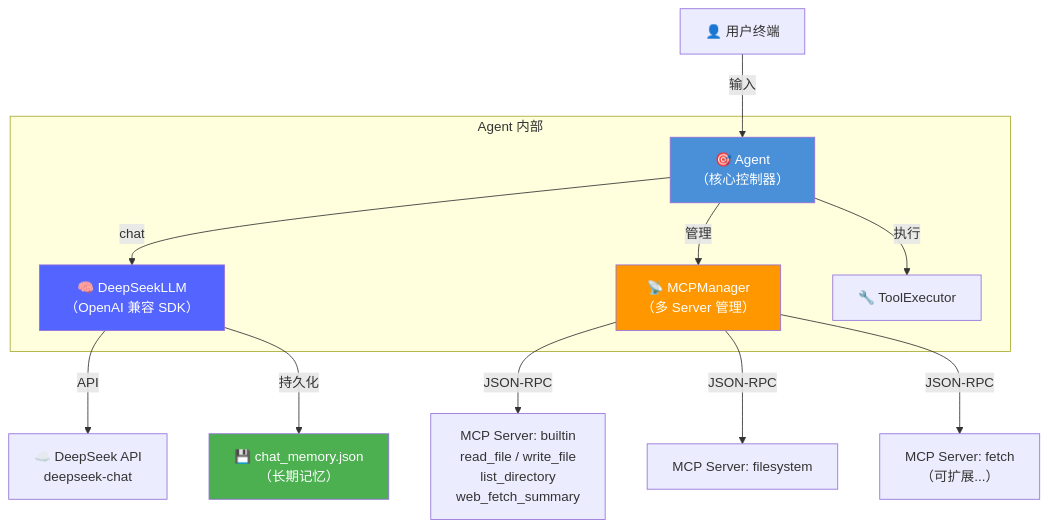
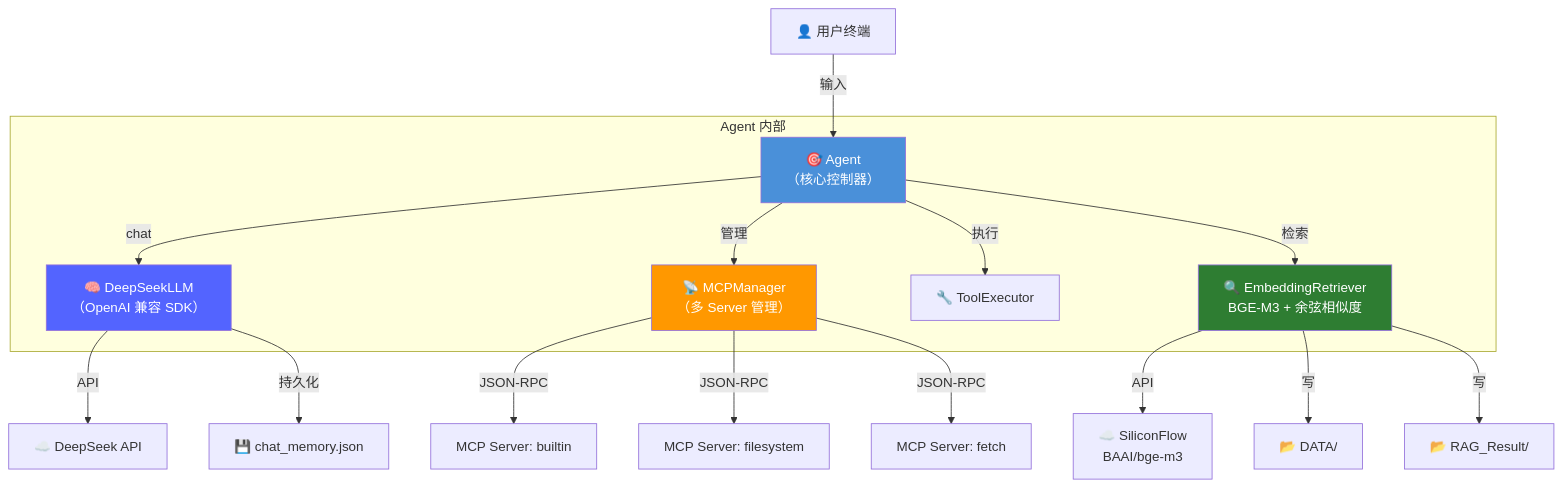
One commit to PepsiCo24/LLM_MCP_RAG changed the diagram in README.md. Above: the diagram before and after it, drawn with Mermaid. The commit also changed other lines of this file and 3 other files, not shown here.

````diff
--- a/README.md
+++ b/README.md
@@ -28,22 +224,26 @@
 ```mermaid
 graph TB
     User["👤 用户终端"] -->|输入| Agent["🎯 Agent<br/>（核心控制器）"]
 
     subgraph "Agent 内部"
         Agent -->|chat| LLM["🧠 DeepSeekLLM<br/>（OpenAI 兼容 SDK）"]
         Agent -->|管理| Mgr["📡 MCPManager<br/>（多 Server 管理）"]
         Agent -->|执行| Exec["🔧 ToolExecutor"]
+        Agent -->|检索| RAG["🔍 EmbeddingRetriever<br/>BGE-M3 + 余弦相似度"]
     end
 
-    Mgr -->|JSON-RPC| MCP1["MCP Server: builtin<br/>read_file / write_file<br/>list_directory<br/>web_fetch_summary"]
+    Mgr -->|JSON-RPC| MCP1["MCP Server: builtin"]
     Mgr -->|JSON-RPC| MCP2["MCP Server: filesystem"]
-    Mgr -->|JSON-RPC| MCP3["MCP Server: fetch<br/>（可扩展...）"]
+    Mgr -->|JSON-RPC| MCP3["MCP Server: fetch"]
 
-    LLM -->|API| DeepSeek["☁️ DeepSeek API<br/>deepseek-chat"]
-    LLM -->|持久化| Memory["💾 chat_memory.json<br/>（长期记忆）"]
+    LLM -->|API| DeepSeek["☁️ DeepSeek API"]
+    LLM -->|持久化| Memory["💾 chat_memory.json"]
+    RAG -->|API| SF["☁️ SiliconFlow<br/>BAAI/bge-m3"]
+    RAG -->|写| DataDir["📂 DATA/"]
+    RAG -->|写| ResultDir["📂 RAG_Result/"]
 
     style Agent fill:#4a90d9,color:#fff
     style LLM fill:#5364ff,color:#fff
+    style RAG fill:#2e7d32,color:#fff
     style Mgr fill:#ff9800,color:#fff
-    style Memory fill:#4caf50,color:#fff
 ```
````
